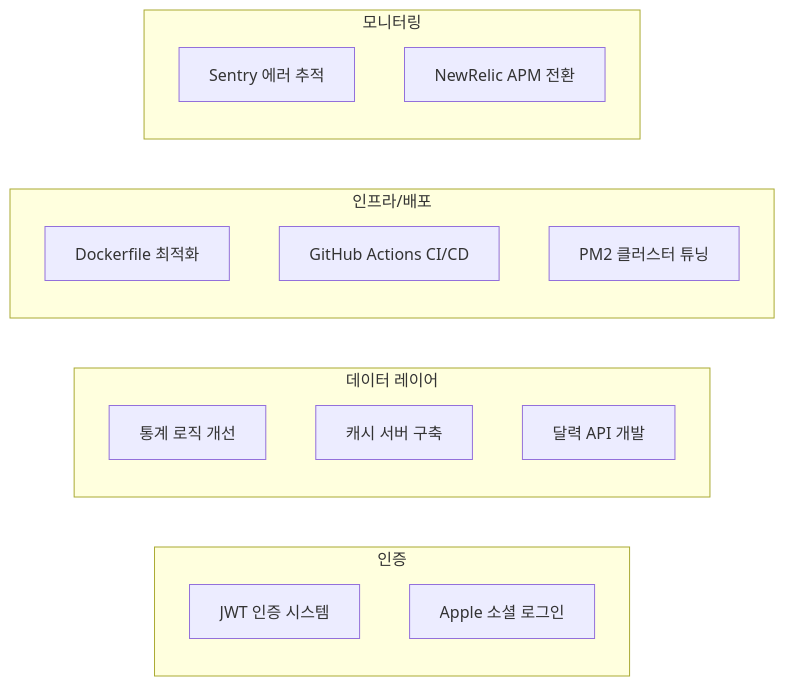
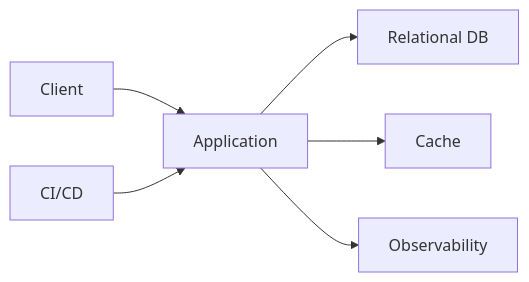
Before and after one commit to jiwon11/jiwon11.github.io: the first of 7 diagrams in _posts/2023-03-01-charlie-backend-infrastructure.md, drawn with Mermaid. The commit also changed other lines of this file and 4 other files, not shown here.

````diff
--- a/_posts/2023-03-01-charlie-backend-infrastructure.md
+++ b/_posts/2023-03-01-charlie-backend-infrastructure.md
@@ -61,21 +42,8 @@
-```mermaid
+~~~mermaid
 flowchart LR
-    subgraph auth["인증"]
-        I["JWT 인증 시스템"]
-        J["Apple 소셜 로그인"]
-    end
-    subgraph data["데이터 레이어"]
-        F["통계 로직 개선"]
-        G["캐시 서버 구축"]
-        H["달력 API 개발"]
-    end
-    subgraph infra["인프라/배포"]
-        A["Dockerfile 최적화"]
-        B["GitHub Actions CI/CD"]
-        C["PM2 클러스터 튜닝"]
-    end
-    subgraph monitor["모니터링"]
-        D["Sentry 에러 추적"]
-        E["NewRelic APM 전환"]
-    end
-```
+    C["Client"] --> A["Application"]
+    A --> D["Relational DB"]
+    A --> R["Cache"]
+    A --> O["Observability"]
+    P["CI/CD"] --> A
+~~~
````
